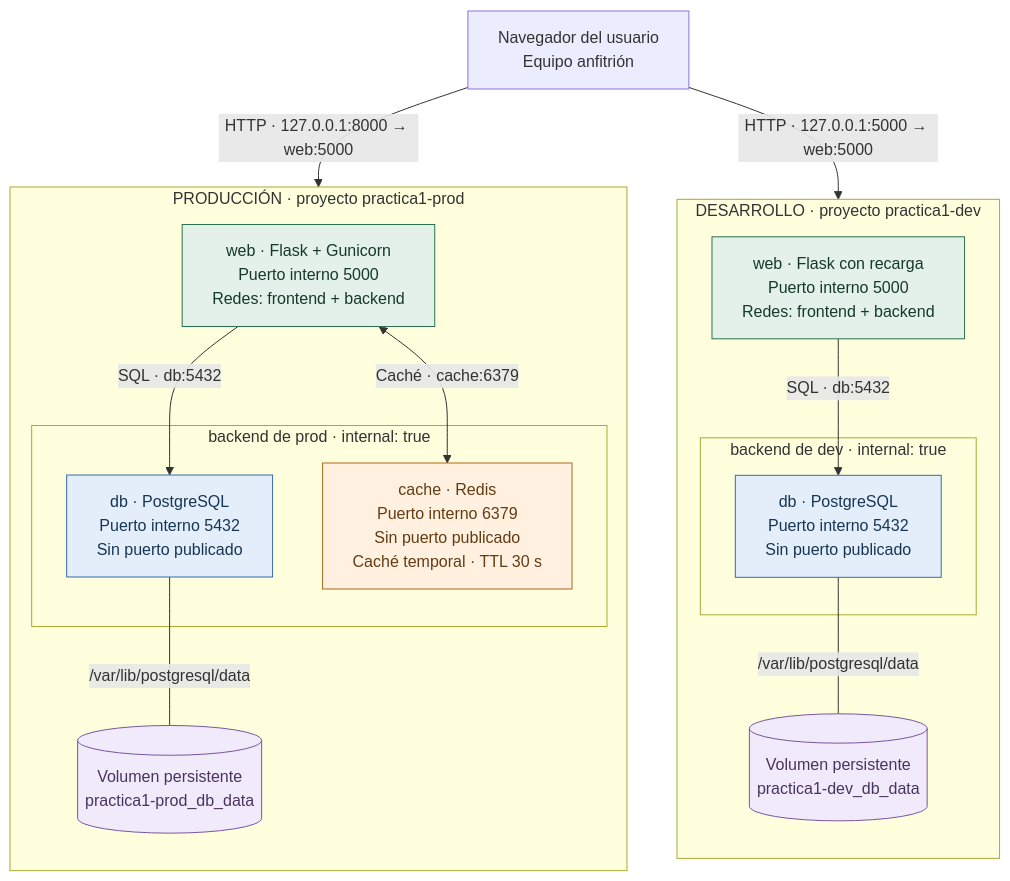
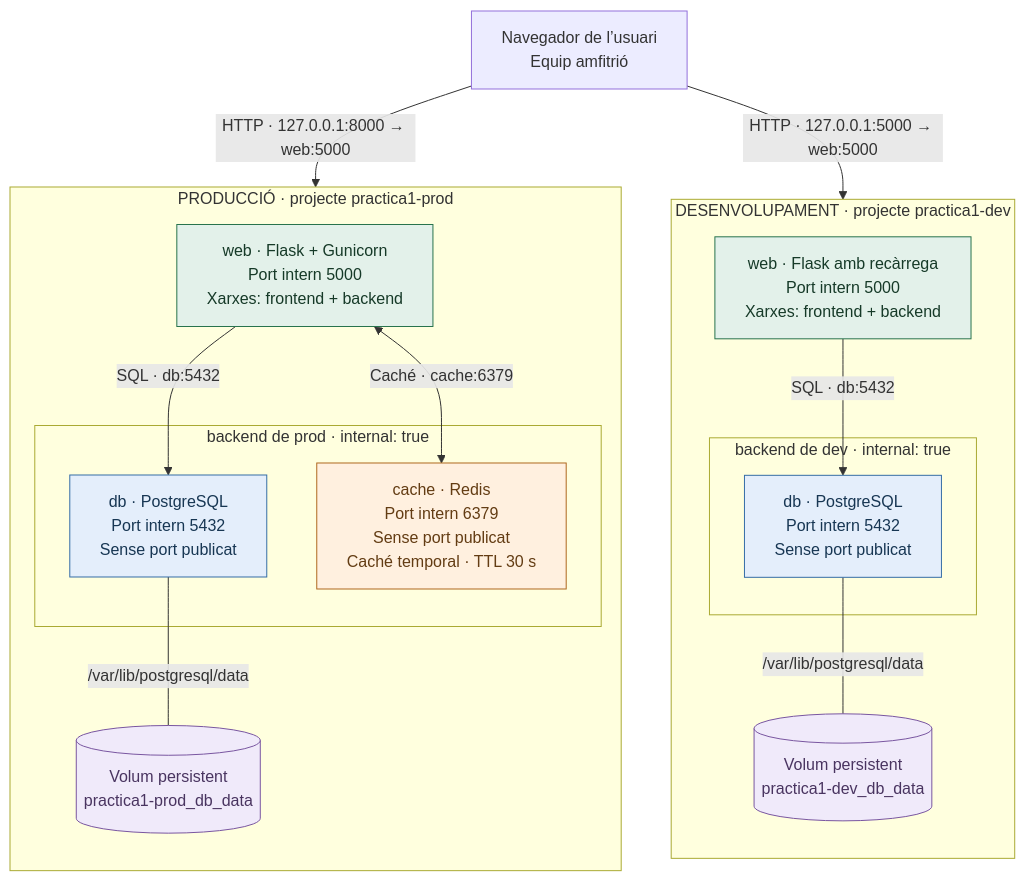
The diagram in README.md (JoanGelabert5/Projecte1_XXAA), drawn with Mermaid before and after one commit. The commit also changed other lines of this file, not shown here.

````diff
--- a/README.md
+++ b/README.md
@@ -54,40 +341,40 @@
 ```mermaid
 flowchart TB
-    browser["Navegador del usuario<br/>Equipo anfitrión"]
+    browser["Navegador de l’usuari<br/>Equip amfitrió"]
 
-    subgraph DEV["DESARROLLO · proyecto practica1-dev"]
+    subgraph DEV["DESENVOLUPAMENT · projecte practica1-dev"]
         direction TB
-        webdev["web · Flask con recarga<br/>Puerto interno 5000<br/>Redes: frontend + backend"]
+        webdev["web · Flask amb recàrrega<br/>Port intern 5000<br/>Xarxes: frontend + backend"]
         subgraph DEVNET["backend de dev · internal: true"]
-            dbdev["db · PostgreSQL<br/>Puerto interno 5432<br/>Sin puerto publicado"]
+            dbdev["db · PostgreSQL<br/>Port intern 5432<br/>Sense port publicat"]
         end
-        voldev[("Volumen persistente<br/>practica1-dev_db_data")]
+        voldev[("Volum persistent<br/>practica1-dev_db_data")]
         webdev -->|"SQL · db:5432"| dbdev
         dbdev ---|"/var/lib/postgresql/data"| voldev
     end
 
-    subgraph PROD["PRODUCCIÓN · proyecto practica1-prod"]
+    subgraph PROD["PRODUCCIÓ · projecte practica1-prod"]
         direction TB
-        webprod["web · Flask + Gunicorn<br/>Puerto interno 5000<br/>Redes: frontend + backend"]
+        webprod["web · Flask + Gunicorn<br/>Port intern 5000<br/>Xarxes: frontend + backend"]
         subgraph PRODNET["backend de prod · internal: true"]
-            dbprod["db · PostgreSQL<br/>Puerto interno 5432<br/>Sin puerto publicado"]
-            cache["cache · Redis<br/>Puerto interno 6379<br/>Sin puerto publicado<br/>Caché temporal · TTL 30 s"]
+            dbprod["db · PostgreSQL<br/>Port intern 5432<br/>Sense port publicat"]
+            cache["cache · Redis<br/>Port intern 6379<br/>Sense port publicat<br/>Caché temporal · TTL 30 s"]
         end
-        volprod[("Volumen persistente<br/>practica1-prod_db_data")]
+        volprod[("Volum persistent<br/>practica1-prod_db_data")]
         webprod -->|"SQL · db:5432"| dbprod
         webprod <-->|"Caché · cache:6379"| cache
         dbprod ---|"/var/lib/postgresql/data"| volprod
     end
 
     browser -->|"HTTP · 127.0.0.1:5000 → web:5000"| webdev
     browser -->|"HTTP · 127.0.0.1:8000 → web:5000"| webprod
 
     classDef web fill:#e3f1ea,stroke:#28734d,color:#163a28;
     classDef database fill:#e4eefb,stroke:#356da6,color:#173653;
     classDef cacheStyle fill:#fff0df,stroke:#af681e,color:#633c13;
     classDef storage fill:#f0eafa,stroke:#7956a0,color:#493460;
     class webdev,webprod web;
     class dbdev,dbprod database;
     class cache cacheStyle;
     class voldev,volprod storage;
 ```
````
